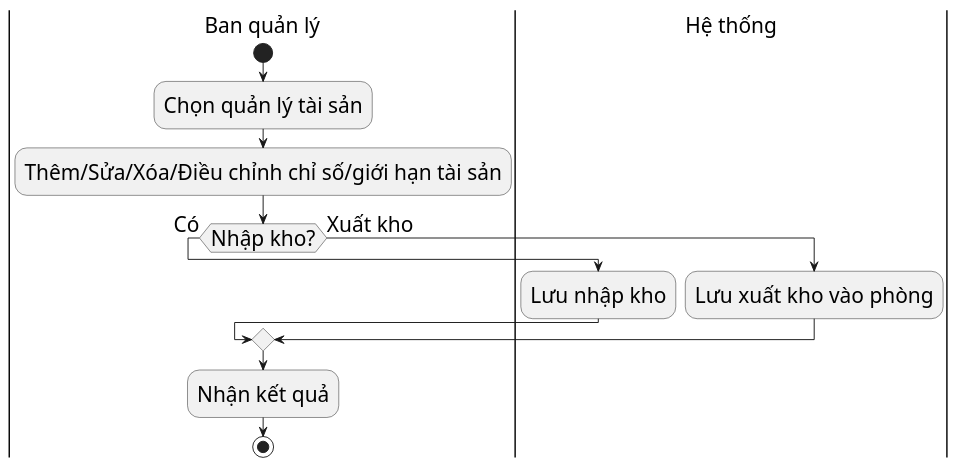
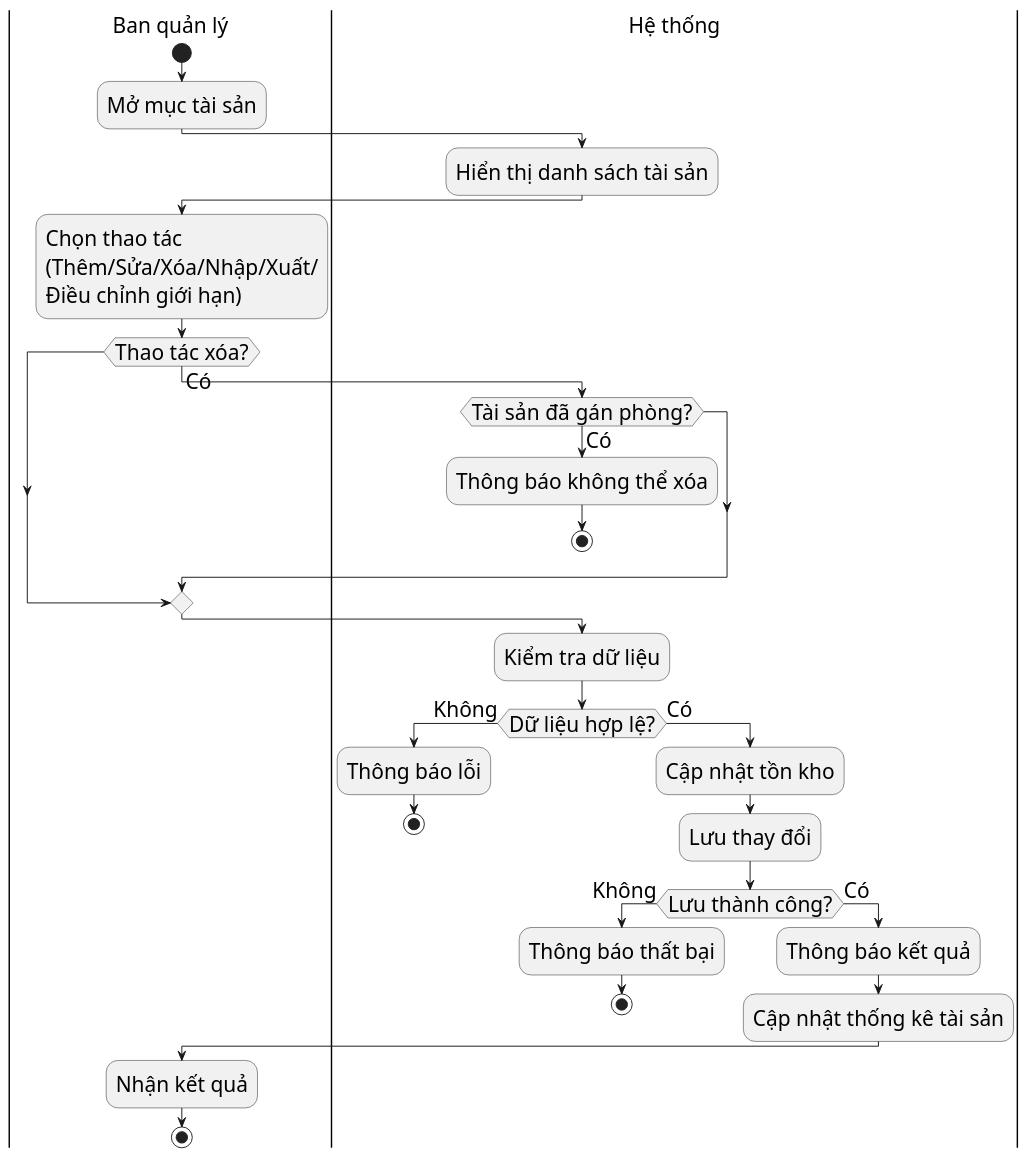
Before and after one commit to s0nbuildtech287/dormitory-frontend: the diagram in diagrams/nhomtaisan/asset_management_activity.puml, drawn with PlantUML. The commit also changed 1 other file, not shown here.

```diff
--- a/diagrams/nhomtaisan/asset_management_activity.puml
+++ b/diagrams/nhomtaisan/asset_management_activity.puml
@@ -1,18 +1,44 @@
 @startuml "Asset Management Activity"
 skinparam defaultFontSize 22
 skinparam defaultFontName "Times New Roman"
 |Ban quản lý|
 start
-:Chọn quản lý tài sản;
-:Thêm/Sửa/Xóa/Điều chỉnh chỉ số/giới hạn tài sản;
-if (Nhập kho?) then (Có)
+:Mở mục tài sản;
+
+|Hệ thống|
+:Hiển thị danh sách tài sản;
+
+|Ban quản lý|
+:Chọn thao tác\n(Thêm/Sửa/Xóa/Nhập/Xuất/\nĐiều chỉnh giới hạn);
+
+if (Thao tác xóa?) then (Có)
   |Hệ thống|
-  :Lưu nhập kho;
-else (Xuất kho)
-  |Hệ thống|
-  :Lưu xuất kho vào phòng;
+  if (Tài sản đã gán phòng?) then (Có)
+    :Thông báo không thể xóa;
+    stop
+  endif
 endif
+
+|Hệ thống|
+:Kiểm tra dữ liệu;
+
+if (Dữ liệu hợp lệ?) then (Không)
+  :Thông báo lỗi;
+  stop
+else (Có)
+  :Cập nhật tồn kho;
+  :Lưu thay đổi;
+  
+  if (Lưu thành công?) then (Không)
+    :Thông báo thất bại;
+    stop
+  else (Có)
+    :Thông báo kết quả;
+    :Cập nhật thống kê tài sản;
+  endif
+endif
+
 |Ban quản lý|
 :Nhận kết quả;
 stop
 @enduml
```
